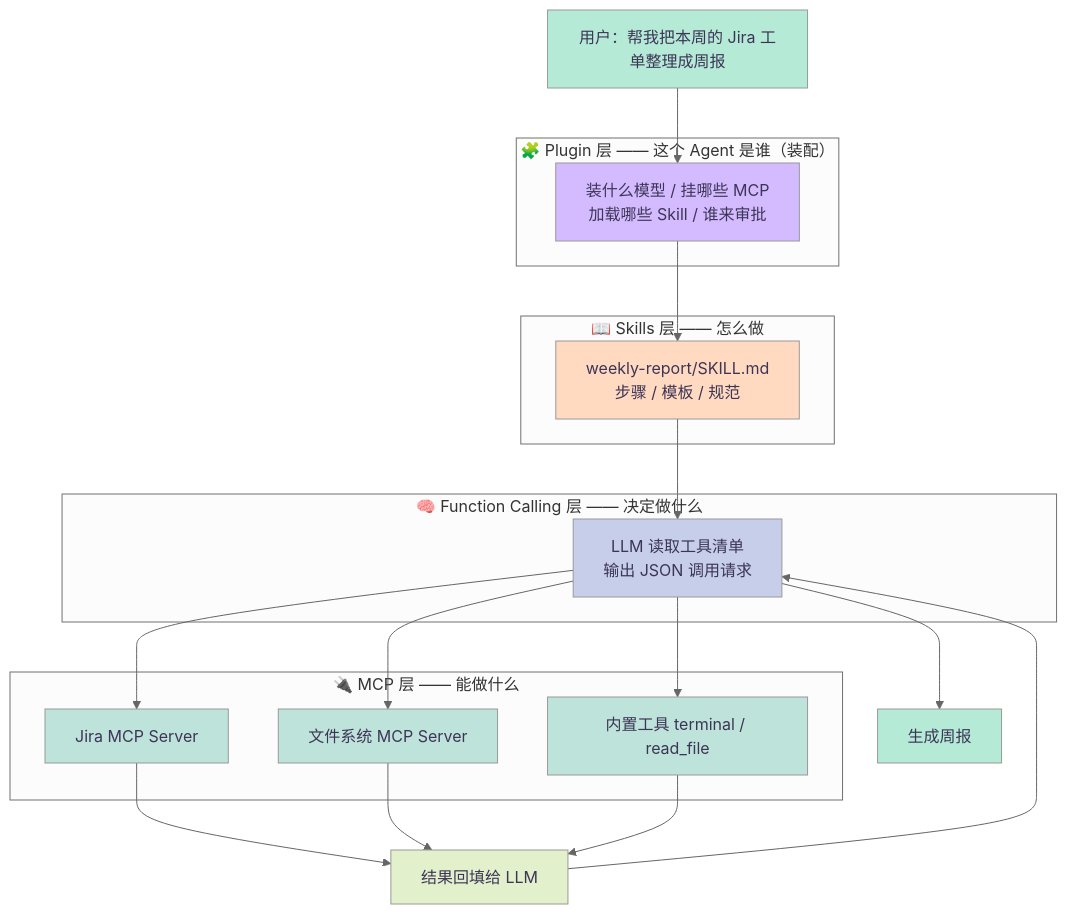
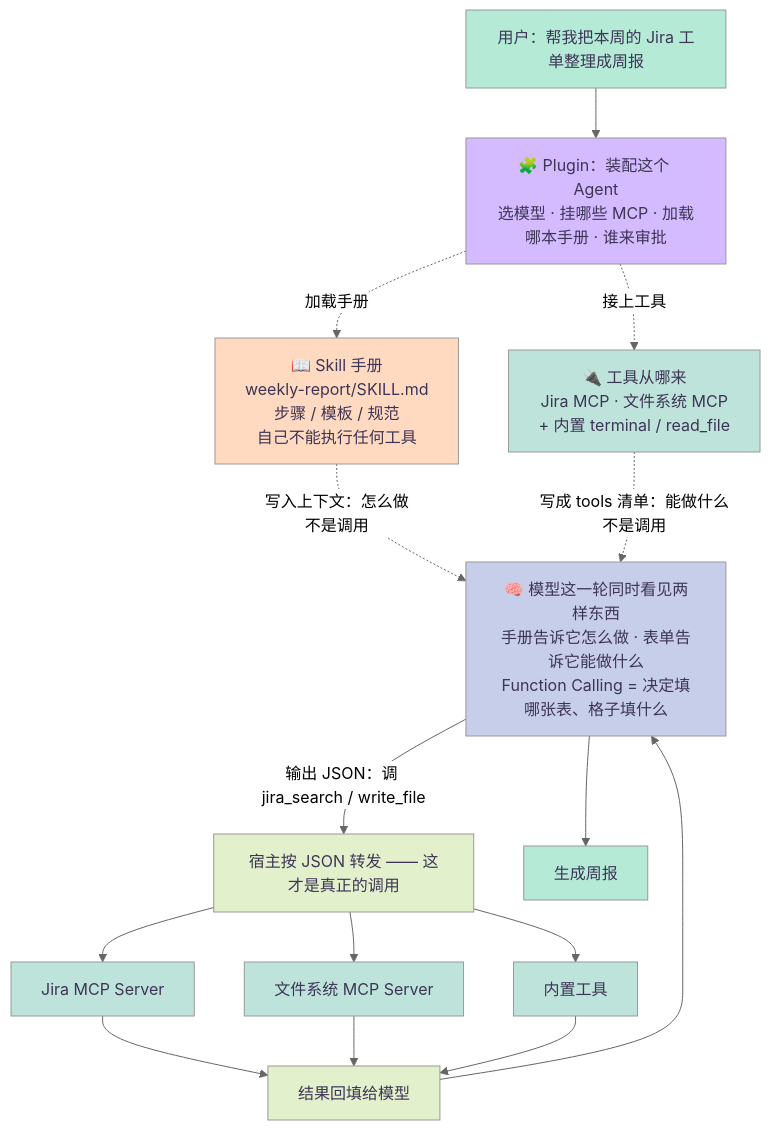
Before and after one commit to caoping0623/caoping0623.github.io: the first of 10 diagrams in _posts/2026-07-28-function-calling-mcp-skills.md, drawn with Mermaid (neutral theme). The commit also changed other lines of this file, not shown here.

Commit message:
docs: 重绘 1.2 关系图，避免读成 Skill 调用 Function Calling

```diff
--- a/_posts/2026-07-28-function-calling-mcp-skills.md
+++ b/_posts/2026-07-28-function-calling-mcp-skills.md
@@ -41,44 +41,44 @@
 <div class="mermaid">
-graph TB
+flowchart TB
     U["用户：帮我把本周的 Jira 工单整理成周报"]
+    P["🧩 Plugin：装配这个 Agent<br/>选模型 · 挂哪些 MCP · 加载哪本手册 · 谁来审批"]
 
-    subgraph L4["🧩 Plugin 层 —— 这个 Agent 是谁（装配）"]
-        P["装什么模型 / 挂哪些 MCP<br/>加载哪些 Skill / 谁来审批"]
-    end
+    S["📖 Skill 手册<br/>weekly-report/SKILL.md<br/>步骤 / 模板 / 规范<br/>自己不能执行任何工具"]
+    T["🔌 工具从哪来<br/>Jira MCP · 文件系统 MCP<br/>+ 内置 terminal / read_file"]
 
-    subgraph L3["📖 Skills 层 —— 怎么做"]
-        S["weekly-report/SKILL.md<br/>步骤 / 模板 / 规范"]
-    end
+    LLM["🧠 模型这一轮同时看见两样东西<br/>手册告诉它怎么做 · 表单告诉它能做什么<br/>Function Calling = 决定填哪张表、格子填什么"]
 
-    subgraph L2["🧠 Function Calling 层 —— 决定做什么"]
-        B["LLM 读取工具清单<br/>输出 JSON 调用请求"]
-    end
-
-    subgraph L1["🔌 MCP 层 —— 能做什么"]
-        M1[Jira MCP Server]
-        M2[文件系统 MCP Server]
-        M3[内置工具 terminal / read_file]
-    end
+    X["宿主按 JSON 转发 —— 这才是真正的调用"]
+    M1["Jira MCP Server"]
+    M2["文件系统 MCP Server"]
+    M3["内置工具"]
+    R["结果回填给模型"]
+    OUT["生成周报"]
 
     U --> P
-    P --> S
-    S --> B
-    B --> M1
-    B --> M2
-    B --> M3
-    M1 --> R[结果回填给 LLM]
+    P -.加载手册.-> S
+    P -.接上工具.-> T
+    S -.->|"写入上下文：怎么做<br/>不是调用"| LLM
+    T -.->|"写成 tools 清单：能做什么<br/>不是调用"| LLM
+    LLM -->|"输出 JSON：调 jira_search / write_file"| X
+    X --> M1
+    X --> M2
+    X --> M3
+    M1 --> R
     M2 --> R
     M3 --> R
-    R --> B
-    B --> OUT[生成周报]
+    R --> LLM
+    LLM --> OUT
 
     style U fill:#b5ead7,color:#3d3556
     style P fill:#d4bbff,color:#3d3556
     style S fill:#ffdac1,color:#3d3556
-    style B fill:#c7ceea,color:#3d3556
+    style T fill:#bee3db,color:#3d3556
+    style LLM fill:#c7ceea,color:#3d3556
+    style X fill:#e2f0cb,color:#3d3556
     style M1 fill:#bee3db,color:#3d3556
     style M2 fill:#bee3db,color:#3d3556
     style M3 fill:#bee3db,color:#3d3556
     style R fill:#e2f0cb,color:#3d3556
     style OUT fill:#b5ead7,color:#3d3556
 </div>
```
